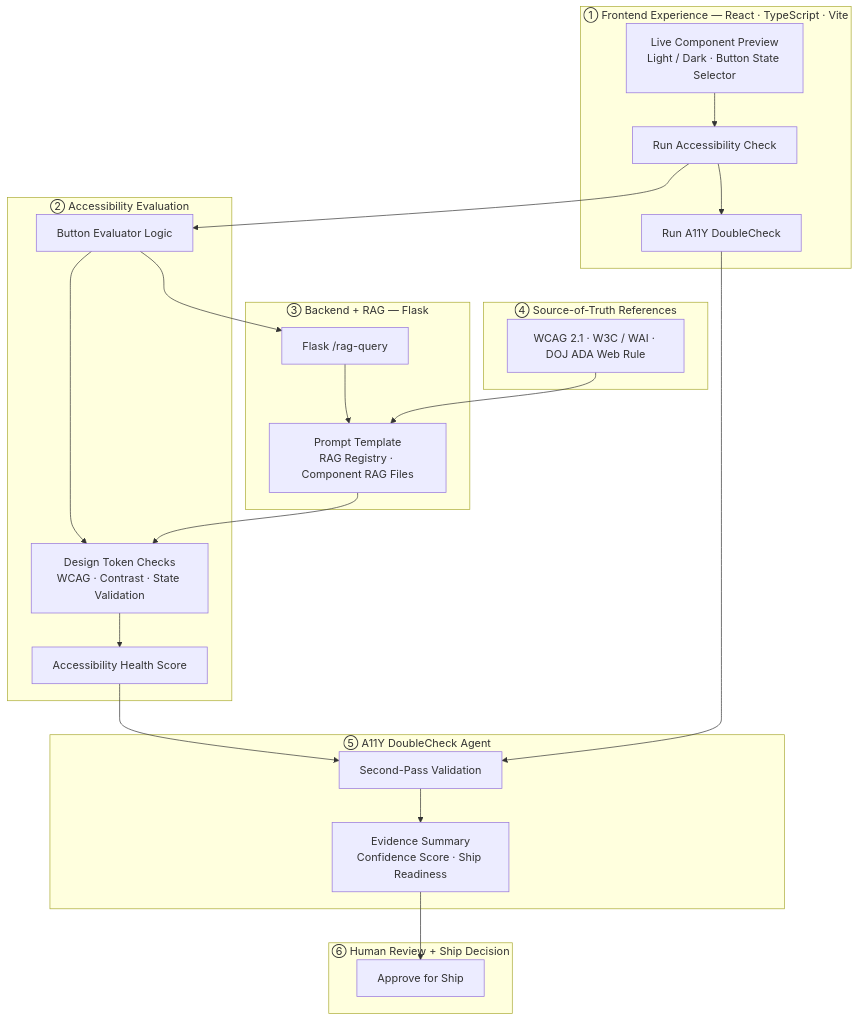
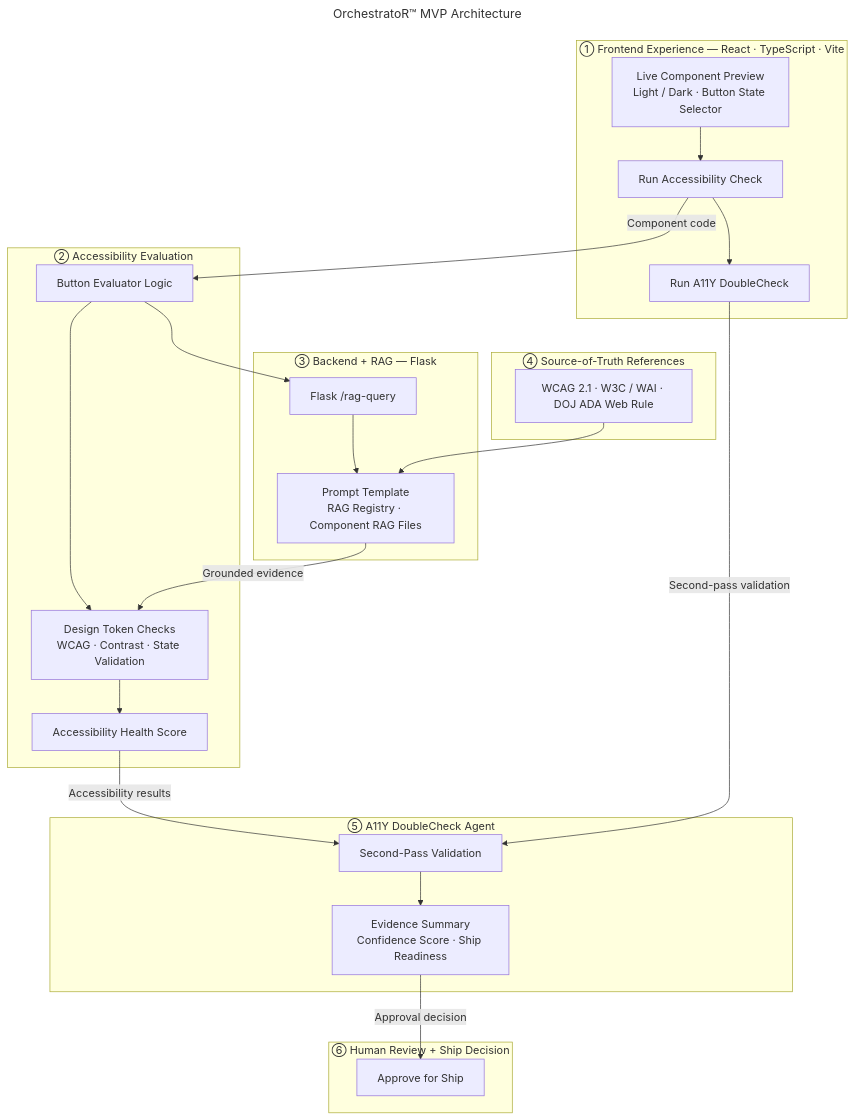
The diagram in docs/orchestrator-architecture-diagram.mmd (orchestratorlabs/orchestrator), drawn with Mermaid before and after one commit. The commit also changed 4 other files, not shown here.

Commit message:
git commit -m "Backup 2026-05-24 - Add technical architecture diagrams for OrchestratoR"

```diff
--- a/docs/orchestrator-architecture-diagram.mmd
+++ b/docs/orchestrator-architecture-diagram.mmd
@@ -1,44 +1,47 @@
+---
+title: "OrchestratoR™ MVP Architecture"
+---
 %%{init: {'theme': 'default', 'themeVariables': {'fontSize': '16px'}}}%%
 flowchart TD
 
   subgraph FE["① Frontend Experience — React · TypeScript · Vite"]
     FE_UI["Live Component Preview<br/>Light / Dark · Button State Selector"]
     FE_CHECK["Run Accessibility Check"]
     FE_DC["Run A11Y DoubleCheck"]
     FE_UI --> FE_CHECK --> FE_DC
   end
 
   subgraph EVAL["② Accessibility Evaluation"]
     EVAL_ENGINE["Button Evaluator Logic"]
     EVAL_CHECKS["Design Token Checks<br/>WCAG · Contrast · State Validation"]
     EVAL_SCORE["Accessibility Health Score"]
     EVAL_ENGINE --> EVAL_CHECKS --> EVAL_SCORE
   end
 
   subgraph BE["③ Backend + RAG — Flask"]
     BE_API["Flask /rag-query"]
     BE_RAG["Prompt Template<br/>RAG Registry · Component RAG Files"]
     BE_API --> BE_RAG
   end
 
   subgraph SOT["④ Source-of-Truth References"]
     SOT_REFS["WCAG 2.1 · W3C / WAI · DOJ ADA Web Rule"]
   end
 
   subgraph DC["⑤ A11Y DoubleCheck Agent"]
     DC_PASS["Second-Pass Validation"]
     DC_OUT["Evidence Summary<br/>Confidence Score · Ship Readiness"]
     DC_PASS --> DC_OUT
   end
 
   subgraph HR["⑥ Human Review + Ship Decision"]
     HR_APPR["Approve for Ship"]
   end
 
-  FE_CHECK --> EVAL_ENGINE
+  FE_CHECK -->|"Component code"| EVAL_ENGINE
   EVAL_ENGINE --> BE_API
   SOT_REFS --> BE_RAG
-  BE_RAG --> EVAL_CHECKS
-  EVAL_SCORE --> DC_PASS
-  FE_DC --> DC_PASS
-  DC_OUT --> HR_APPR
+  BE_RAG -->|"Grounded evidence"| EVAL_CHECKS
+  EVAL_SCORE -->|"Accessibility results"| DC_PASS
+  FE_DC -->|"Second-pass validation"| DC_PASS
+  DC_OUT -->|"Approval decision"| HR_APPR
```
